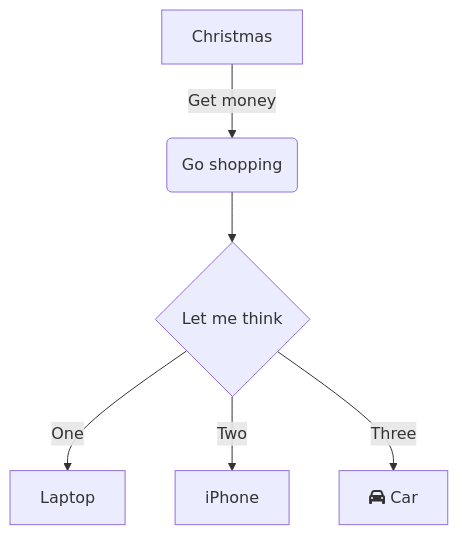
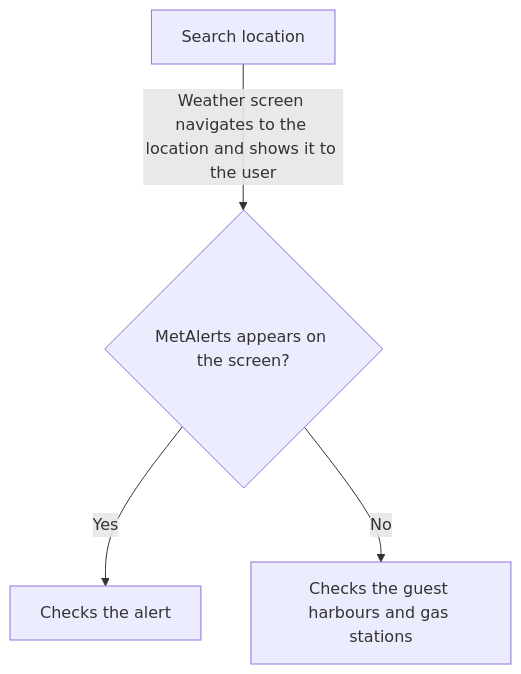
Before and after one commit to ronjainstanes/IN2000-student-project: the second of 2 diagrams in MODELING.md, drawn with Mermaid.

Commit message:
Activity diagram start test 3

````diff
--- a/MODELING.md
+++ b/MODELING.md
@@ -126,8 +126,6 @@
 ```mermaid
 flowchart 
-A[Christmas] -->|Get money| B(Go shopping)
-B --> C{Let me think}
-C -->|One| D[Laptop]
-C -->|Two| E[iPhone]
-C -->|Three| F[fa:fa-car Car]
+A[Search location] -->|Weather screen navigates to the location and shows it to the user| B{MetAlerts appears on the screen?}
+B -->|Yes| C[Checks the alert]
+B -->|No| D[Checks the guest harbours and gas stations]
 ```
````
